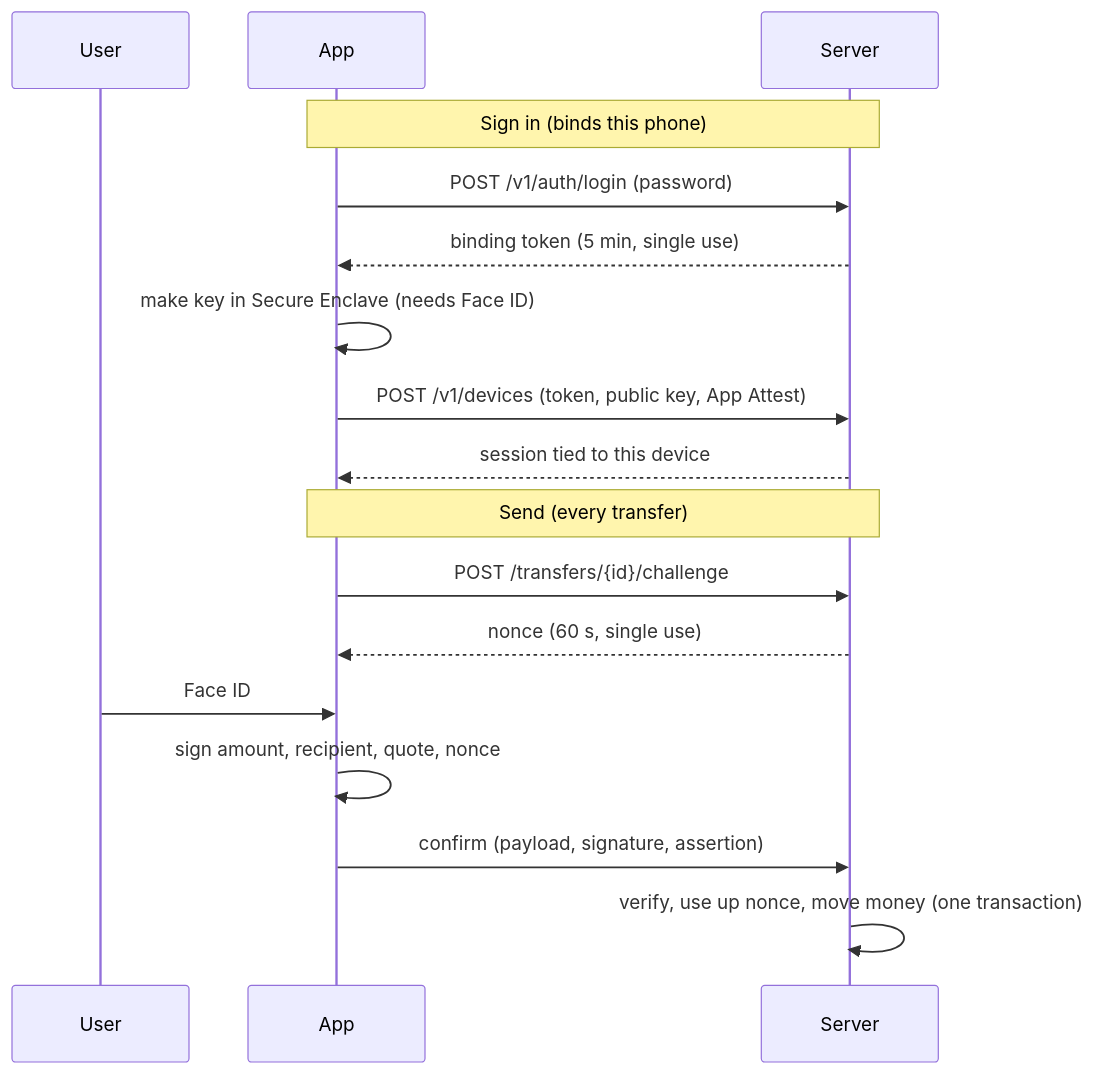
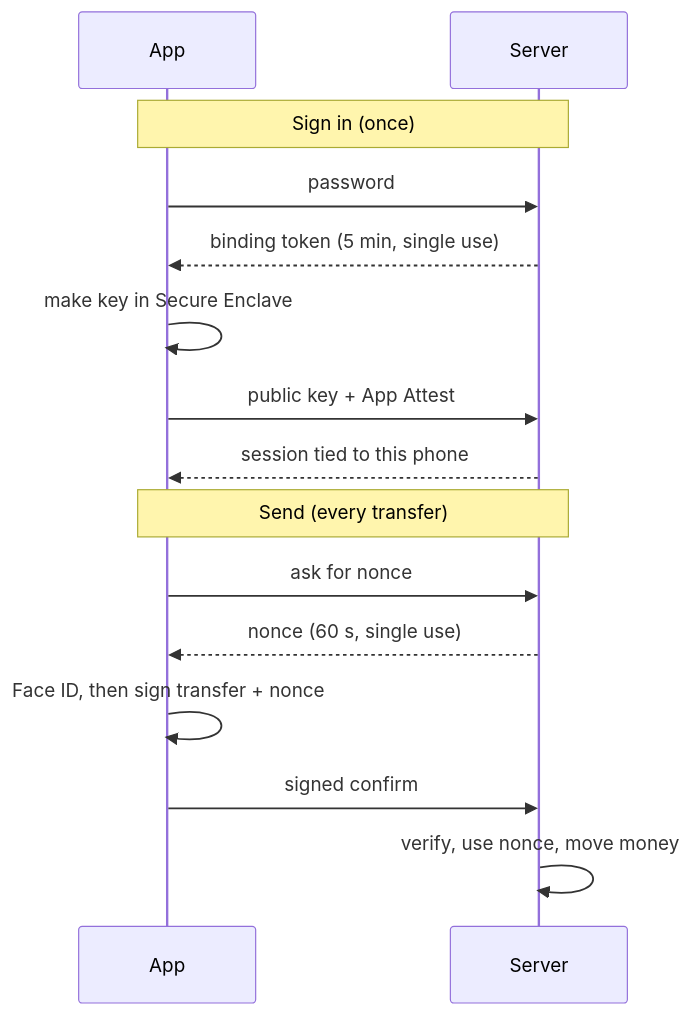
The third of 3 diagrams in README.md (jowong123/BankingAppSwiftUI), drawn with Mermaid before and after one commit. The commit also changed other lines of this file, not shown here.

````diff
--- a/README.md
+++ b/README.md
@@ -152,19 +99,17 @@
 ```mermaid
 sequenceDiagram
-    participant U as User
     participant A as App
     participant S as Server
-    Note over A,S: Sign in (binds this phone)
-    A->>S: POST /v1/auth/login (password)
+    Note over A,S: Sign in (once)
+    A->>S: password
     S-->>A: binding token (5 min, single use)
-    A->>A: make key in Secure Enclave (needs Face ID)
-    A->>S: POST /v1/devices (token, public key, App Attest)
-    S-->>A: session tied to this device
+    A->>A: make key in Secure Enclave
+    A->>S: public key + App Attest
+    S-->>A: session tied to this phone
     Note over A,S: Send (every transfer)
-    A->>S: POST /transfers/{id}/challenge
+    A->>S: ask for nonce
     S-->>A: nonce (60 s, single use)
-    U->>A: Face ID
-    A->>A: sign amount, recipient, quote, nonce
-    A->>S: confirm (payload, signature, assertion)
-    S->>S: verify, use up nonce, move money (one transaction)
+    A->>A: Face ID, then sign transfer + nonce
+    A->>S: signed confirm
+    S->>S: verify, use nonce, move money
 ```
````
